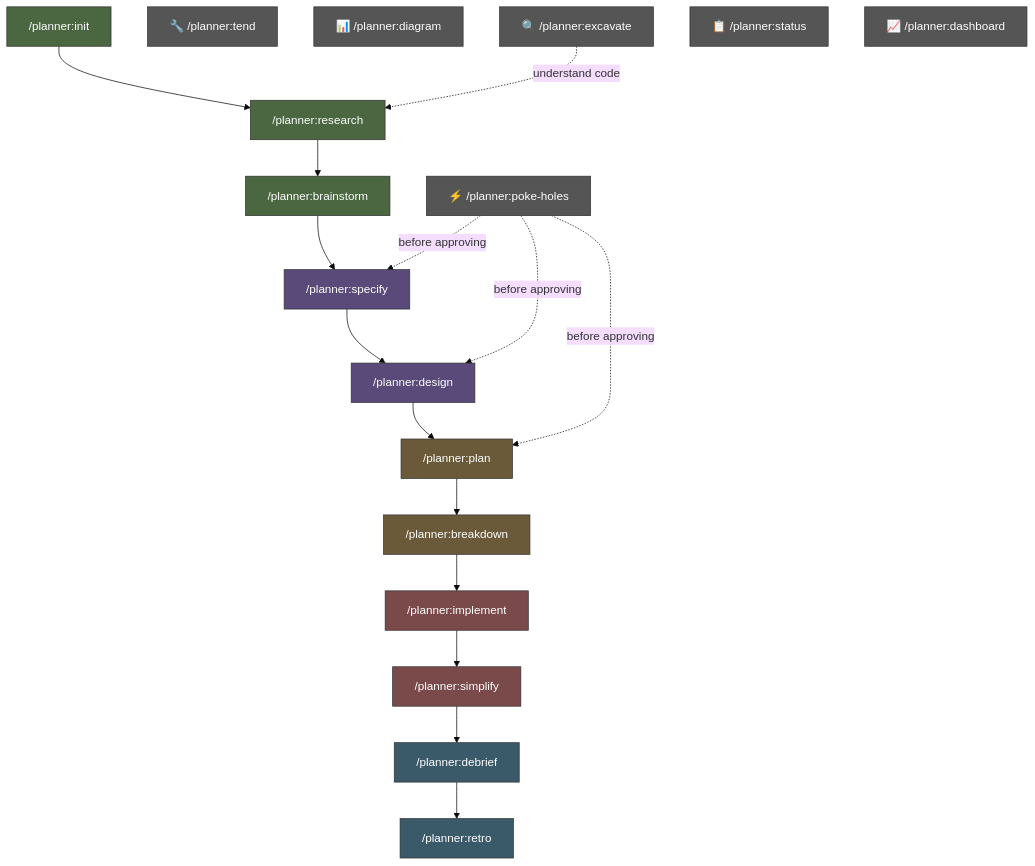
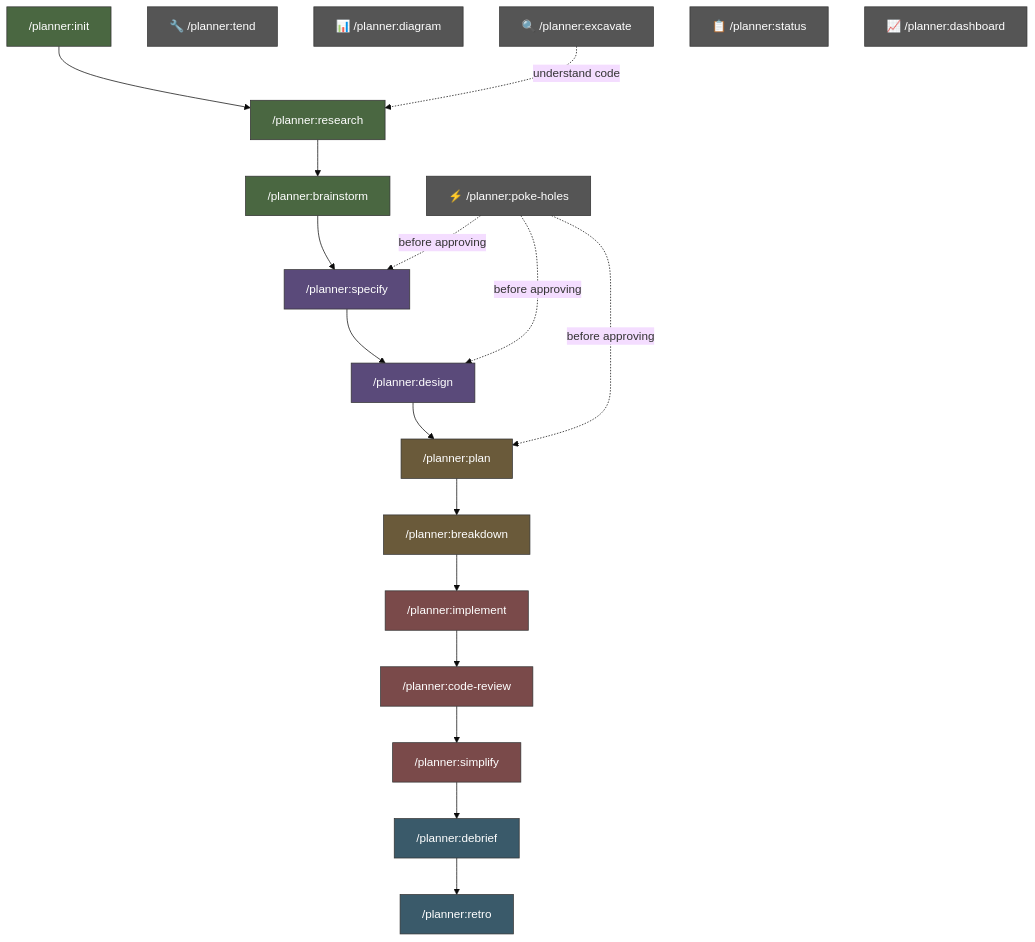
One commit to danweinerdev/claude-project-planner changed the second of 4 diagrams in README.md. Above: the diagram before and after it, drawn with Mermaid (base theme). The commit also changed other lines of this file and 1 other file, not shown here.

````diff
--- a/README.md
+++ b/README.md
@@ -108,39 +110,40 @@
 ```mermaid
 graph TD
     init["/planner:init"] --> research["/planner:research"]
     research --> brainstorm["/planner:brainstorm"]
     brainstorm --> specify["/planner:specify"]
     specify --> design["/planner:design"]
     design --> plan["/planner:plan"]
     plan --> breakdown["/planner:breakdown"]
     breakdown --> implement["/planner:implement"]
-    implement --> simplify["/planner:simplify"]
+    implement --> codereview["/planner:code-review"]
+    codereview --> simplify["/planner:simplify"]
     simplify --> debrief["/planner:debrief"]
     debrief --> retro["/planner:retro"]
 
     poke["⚡ /planner:poke-holes"]
     tend["🔧 /planner:tend"]
     diagram["📊 /planner:diagram"]
     excavate["🔍 /planner:excavate"]
     status["📋 /planner:status"]
     dashboard["📈 /planner:dashboard"]
 
     poke -. "before approving" .-> specify
     poke -. "before approving" .-> design
     poke -. "before approving" .-> plan
     excavate -. "understand code" .-> research
 
     classDef discovery fill:#4a6741,stroke:#333,color:#fff
     classDef definition fill:#5a4a7a,stroke:#333,color:#fff
     classDef execution fill:#6a5a3a,stroke:#333,color:#fff
     classDef implementation fill:#7a4a4a,stroke:#333,color:#fff
     classDef review fill:#3a5a6a,stroke:#333,color:#fff
     classDef utility fill:#555,stroke:#333,color:#fff
 
     class init,research,brainstorm discovery
     class specify,design definition
     class plan,breakdown execution
-    class implement,simplify implementation
+    class implement,codereview,simplify implementation
     class debrief,retro review
     class poke,tend,diagram,excavate,status,dashboard utility
 ```
````
